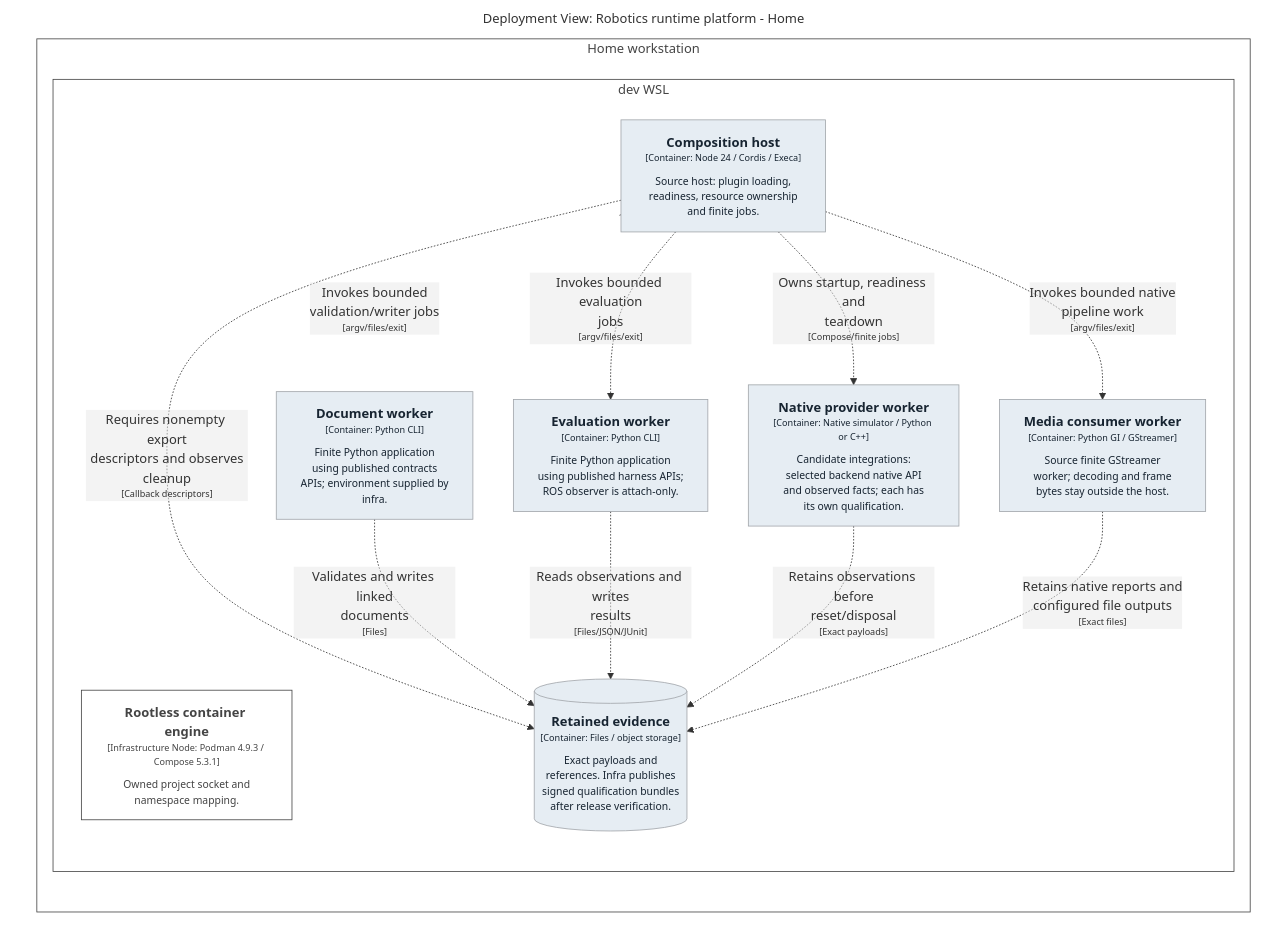
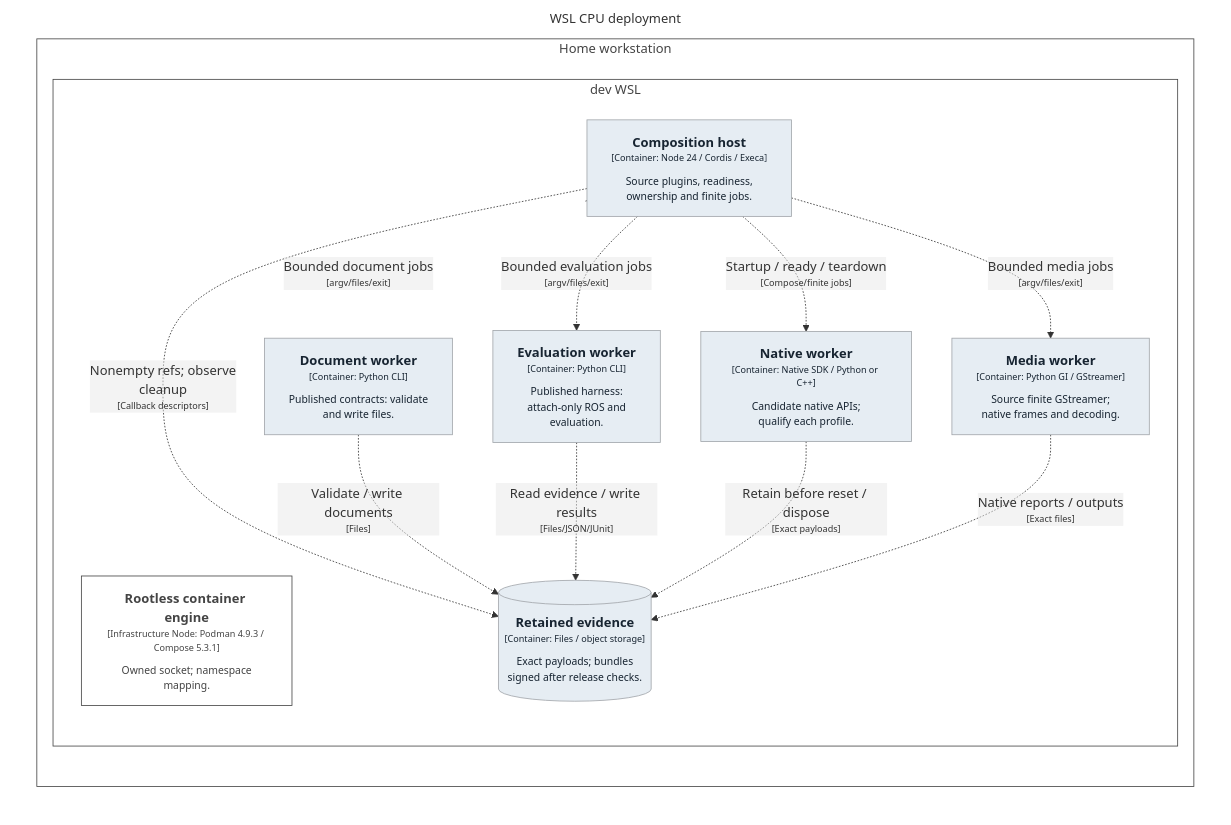
One commit to mmkolpakov/robotics-runtime changed the diagram in docs/architecture/generated/structurizr-HomeDeployment.mmd. Above: the diagram before and after it, drawn with Mermaid. The commit also changed 11 other files, not shown here.

Commit message:
Compact architecture overview diagrams

```diff
--- a/docs/architecture/generated/structurizr-HomeDeployment.mmd
+++ b/docs/architecture/generated/structurizr-HomeDeployment.mmd
@@ -1,41 +1,41 @@
 graph LR
   linkStyle default fill:#ffffff
 
-  subgraph diagram ["Deployment View: Robotics runtime platform - Home"]
+  subgraph diagram ["WSL CPU deployment"]
     style diagram fill:#ffffff,stroke:#ffffff
 
     subgraph 35 ["Home workstation"]
       style 35 fill:#ffffff,stroke:#444444,color:#444444
 
       subgraph 36 ["dev WSL"]
         style 36 fill:#ffffff,stroke:#444444,color:#444444
 
-        37["<div style='font-weight: bold'>Rootless container engine</div><div style='font-size: 70%; margin-top: 0px'>[Infrastructure Node: Podman 4.9.3 / Compose 5.3.1]</div><div style='font-size: 80%; margin-top:10px'>Owned project socket and<br />namespace mapping.</div>"]
+        37["<div style='font-weight: bold'>Rootless container engine</div><div style='font-size: 70%; margin-top: 0px'>[Infrastructure Node: Podman 4.9.3 / Compose 5.3.1]</div><div style='font-size: 80%; margin-top:10px'>Owned socket; namespace<br />mapping.</div>"]
         style 37 fill:#ffffff,stroke:#444444,color:#444444
-        38["<div style='font-weight: bold'>Composition host</div><div style='font-size: 70%; margin-top: 0px'>[Container: Node 24 / Cordis / Execa]</div><div style='font-size: 80%; margin-top:10px'>Source host: plugin loading,<br />readiness, resource ownership<br />and finite jobs.</div>"]
+        38["<div style='font-weight: bold'>Composition host</div><div style='font-size: 70%; margin-top: 0px'>[Container: Node 24 / Cordis / Execa]</div><div style='font-size: 80%; margin-top:10px'>Source plugins, readiness,<br />ownership and finite jobs.</div>"]
         style 38 fill:#e6edf3,stroke:#a1a5aa,color:#172431
-        39["<div style='font-weight: bold'>Document worker</div><div style='font-size: 70%; margin-top: 0px'>[Container: Python CLI]</div><div style='font-size: 80%; margin-top:10px'>Finite Python application<br />using published contracts<br />APIs; environment supplied by<br />infra.</div>"]
+        39["<div style='font-weight: bold'>Document worker</div><div style='font-size: 70%; margin-top: 0px'>[Container: Python CLI]</div><div style='font-size: 80%; margin-top:10px'>Published contracts: validate<br />and write files.</div>"]
         style 39 fill:#e6edf3,stroke:#a1a5aa,color:#172431
-        41["<div style='font-weight: bold'>Evaluation worker</div><div style='font-size: 70%; margin-top: 0px'>[Container: Python CLI]</div><div style='font-size: 80%; margin-top:10px'>Finite Python application<br />using published harness APIs;<br />ROS observer is attach-only.</div>"]
+        41["<div style='font-weight: bold'>Evaluation worker</div><div style='font-size: 70%; margin-top: 0px'>[Container: Python CLI]</div><div style='font-size: 80%; margin-top:10px'>Published harness:<br />attach-only ROS and<br />evaluation.</div>"]
         style 41 fill:#e6edf3,stroke:#a1a5aa,color:#172431
-        43["<div style='font-weight: bold'>Native provider worker</div><div style='font-size: 70%; margin-top: 0px'>[Container: Native simulator / Python or C++]</div><div style='font-size: 80%; margin-top:10px'>Candidate integrations:<br />selected backend native API<br />and observed facts; each has<br />its own qualification.</div>"]
+        43["<div style='font-weight: bold'>Native worker</div><div style='font-size: 70%; margin-top: 0px'>[Container: Native SDK / Python or C++]</div><div style='font-size: 80%; margin-top:10px'>Candidate native APIs;<br />qualify each profile.</div>"]
         style 43 fill:#e6edf3,stroke:#a1a5aa,color:#172431
-        45["<div style='font-weight: bold'>Media consumer worker</div><div style='font-size: 70%; margin-top: 0px'>[Container: Python GI / GStreamer]</div><div style='font-size: 80%; margin-top:10px'>Source finite GStreamer<br />worker; decoding and frame<br />bytes stay outside the host.</div>"]
+        45["<div style='font-weight: bold'>Media worker</div><div style='font-size: 70%; margin-top: 0px'>[Container: Python GI / GStreamer]</div><div style='font-size: 80%; margin-top:10px'>Source finite GStreamer;<br />native frames and decoding.</div>"]
         style 45 fill:#e6edf3,stroke:#a1a5aa,color:#172431
-        47[("<div style='font-weight: bold'>Retained evidence</div><div style='font-size: 70%; margin-top: 0px'>[Container: Files / object storage]</div><div style='font-size: 80%; margin-top:10px'>Exact payloads and<br />references. Infra publishes<br />signed qualification bundles<br />after release verification.</div>")]
+        47[("<div style='font-weight: bold'>Retained evidence</div><div style='font-size: 70%; margin-top: 0px'>[Container: Files / object storage]</div><div style='font-size: 80%; margin-top:10px'>Exact payloads; bundles<br />signed after release checks.</div>")]
         style 47 fill:#e6edf3,stroke:#a1a5aa,color:#172431
       end
 
     end
 
-    38-. "<div>Invokes bounded<br />validation/writer jobs</div><div style='font-size: 70%'>[argv/files/exit]</div>" .->39
-    38-. "<div>Invokes bounded evaluation<br />jobs</div><div style='font-size: 70%'>[argv/files/exit]</div>" .->41
-    38-. "<div>Owns startup, readiness and<br />teardown</div><div style='font-size: 70%'>[Compose/finite jobs]</div>" .->43
-    38-. "<div>Invokes bounded native<br />pipeline work</div><div style='font-size: 70%'>[argv/files/exit]</div>" .->45
-    38-. "<div>Requires nonempty export<br />descriptors and observes<br />cleanup</div><div style='font-size: 70%'>[Callback descriptors]</div>" .->47
-    39-. "<div>Validates and writes linked<br />documents</div><div style='font-size: 70%'>[Files]</div>" .->47
-    41-. "<div>Reads observations and writes<br />results</div><div style='font-size: 70%'>[Files/JSON/JUnit]</div>" .->47
-    43-. "<div>Retains observations before<br />reset/disposal</div><div style='font-size: 70%'>[Exact payloads]</div>" .->47
-    45-. "<div>Retains native reports and<br />configured file outputs</div><div style='font-size: 70%'>[Exact files]</div>" .->47
+    38-. "<div>Bounded document jobs</div><div style='font-size: 70%'>[argv/files/exit]</div>" .->39
+    38-. "<div>Bounded evaluation jobs</div><div style='font-size: 70%'>[argv/files/exit]</div>" .->41
+    38-. "<div>Startup / ready / teardown</div><div style='font-size: 70%'>[Compose/finite jobs]</div>" .->43
+    38-. "<div>Bounded media jobs</div><div style='font-size: 70%'>[argv/files/exit]</div>" .->45
+    38-. "<div>Nonempty refs; observe<br />cleanup</div><div style='font-size: 70%'>[Callback descriptors]</div>" .->47
+    39-. "<div>Validate / write documents</div><div style='font-size: 70%'>[Files]</div>" .->47
+    41-. "<div>Read evidence / write results</div><div style='font-size: 70%'>[Files/JSON/JUnit]</div>" .->47
+    43-. "<div>Retain before reset / dispose</div><div style='font-size: 70%'>[Exact payloads]</div>" .->47
+    45-. "<div>Native reports / outputs</div><div style='font-size: 70%'>[Exact files]</div>" .->47
 
   end
```
